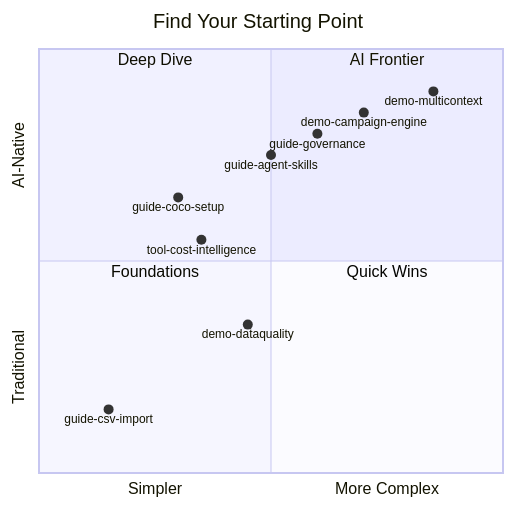
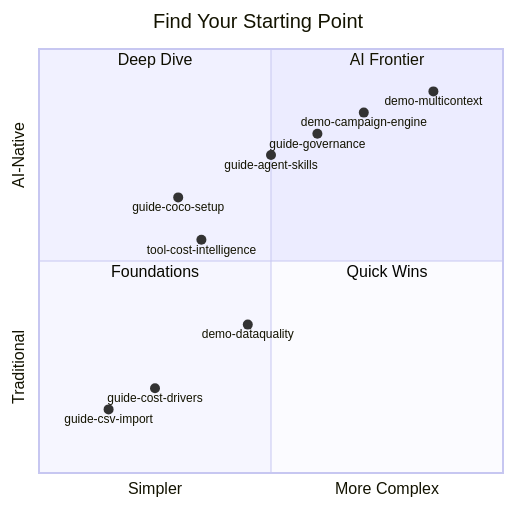
The diagram in README.md (sfc-gh-miwhitaker/sfe-public), drawn with Mermaid before and after one commit. The commit also changed 4 other files, not shown here.

First line of the commit message:
docs: add guide for cost drivers and update README

````diff
--- a/README.md
+++ b/README.md
@@ -10,18 +10,19 @@
 ```mermaid
 quadrantChart
     title Find Your Starting Point
     x-axis Simpler --> More Complex
     y-axis Traditional --> AI-Native
     quadrant-1 AI Frontier
     quadrant-2 Deep Dive
     quadrant-3 Foundations
     quadrant-4 Quick Wins
     guide-csv-import: [0.15, 0.15]
+    guide-cost-drivers: [0.25, 0.20]
     guide-coco-setup: [0.3, 0.65]
     tool-cost-intelligence: [0.35, 0.55]
     demo-dataquality: [0.45, 0.35]
     guide-agent-skills: [0.5, 0.75]
     demo-campaign-engine: [0.7, 0.85]
     demo-multicontext: [0.85, 0.9]
     guide-governance: [0.6, 0.8]
 ```
````
